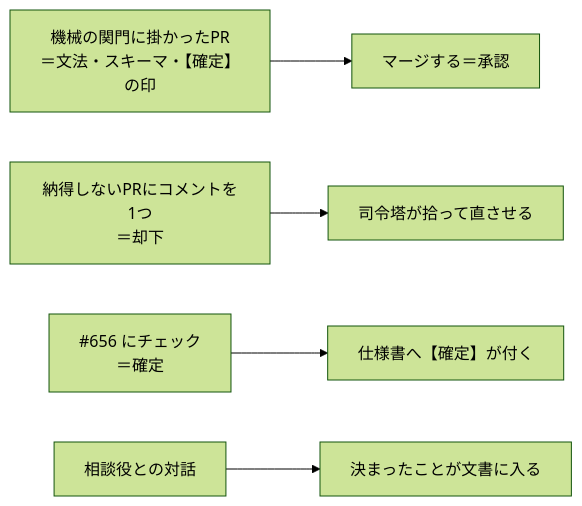
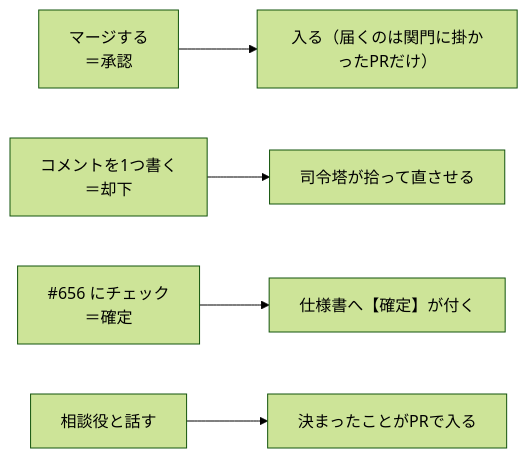
Before and after one commit to gooyyu1/UnmappedIsland: the fourth of 5 diagrams in docs/ParallelAgents.md, drawn with Mermaid (forest theme). The commit also changed other lines of this file, not shown here.

First line of the commit message:
調査員と棚卸し役を分け、issue を図に入れ、人間へ回る条件を実測どおりに書く

````diff
--- a/docs/ParallelAgents.md
+++ b/docs/ParallelAgents.md
@@ -179,7 +187,7 @@
 ```mermaid
 flowchart LR
-    A["機械の関門に掛かったPR<br/>＝文法・スキーマ・【確定】の印"] --> Merge["マージする＝承認"]
-    B["納得しないPRにコメントを1つ<br/>＝却下"] --> Fix["司令塔が拾って直させる"]
+    A["マージする<br/>＝承認"] --> Done["入る（届くのは関門に掛かったPRだけ）"]
+    B["コメントを1つ書く<br/>＝却下"] --> Fix["司令塔が拾って直させる"]
     C["#656 にチェック<br/>＝確定"] --> Mark["仕様書へ【確定】が付く"]
-    D["相談役との対話"] --> Decide["決まったことが文書に入る"]
+    D["相談役と話す"] --> Decide["決まったことがPRで入る"]
 ```
````
